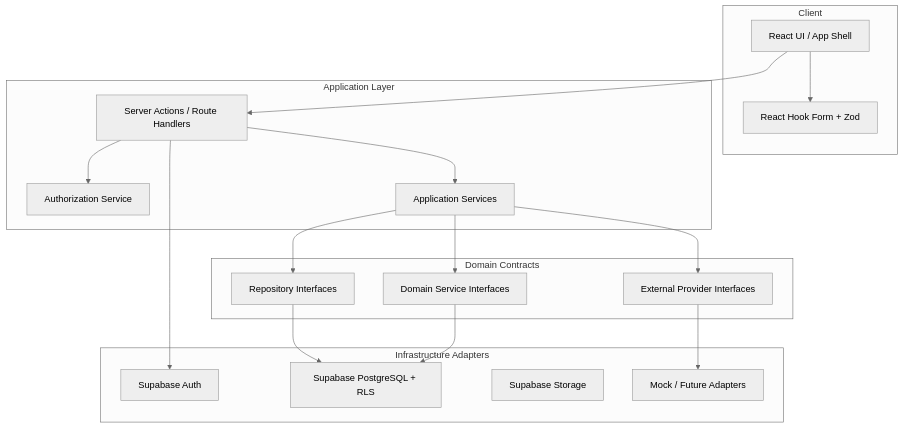
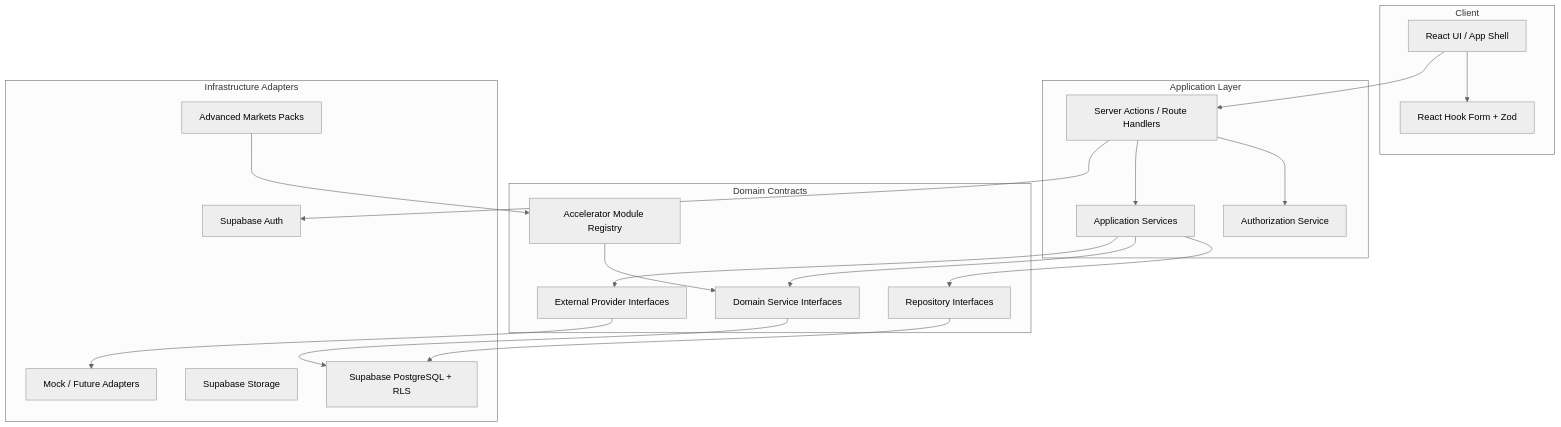
The diagram in docs/architecture.md (cegriffin1/FinancePlatform), drawn with Mermaid (neutral theme) before and after one commit. The commit also changed other lines of this file and 78 other files, not shown here.

````diff
--- a/docs/architecture.md
+++ b/docs/architecture.md
@@ -7,38 +9,42 @@
 ```mermaid
 flowchart TB
   subgraph Client
     UI[React UI / App Shell]
     Forms[React Hook Form + Zod]
   end
 
   subgraph Application["Application Layer"]
     Actions[Server Actions / Route Handlers]
     AuthZ[Authorization Service]
     AppServices[Application Services]
   end
 
   subgraph Domain["Domain Contracts"]
     Repos[Repository Interfaces]
     DomainServices[Domain Service Interfaces]
     Providers[External Provider Interfaces]
+    Accelerators[Accelerator Module Registry]
   end
 
   subgraph Infrastructure["Infrastructure Adapters"]
     SupabaseAuth[Supabase Auth]
     SupabaseDB[Supabase PostgreSQL + RLS]
     SupabaseStorage[Supabase Storage]
     MockAdapters[Mock / Future Adapters]
+    AMPacks[Advanced Markets Packs]
   end
 
   UI --> Forms
   UI --> Actions
   Actions --> AuthZ
   Actions --> AppServices
   AppServices --> Repos
   AppServices --> DomainServices
   AppServices --> Providers
+  Accelerators --> DomainServices
+  AMPacks --> Accelerators
   Repos --> SupabaseDB
   DomainServices --> SupabaseDB
   Providers --> MockAdapters
   Actions --> SupabaseAuth
 ```
````
